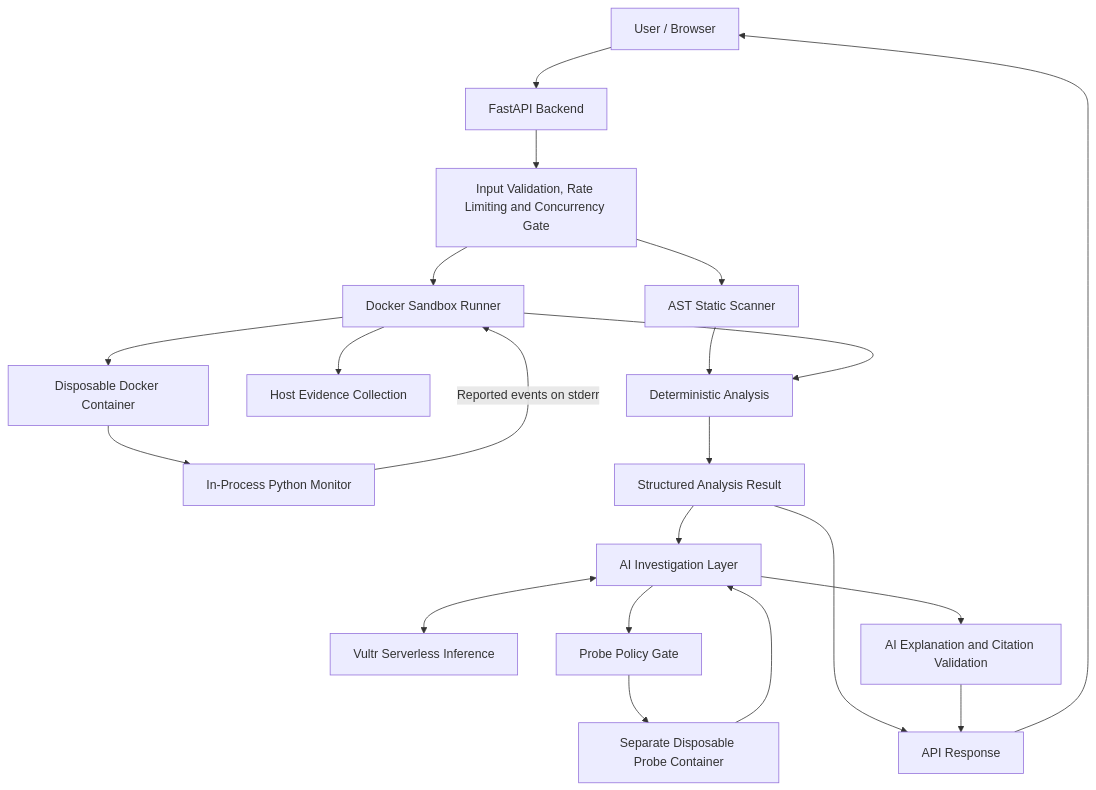
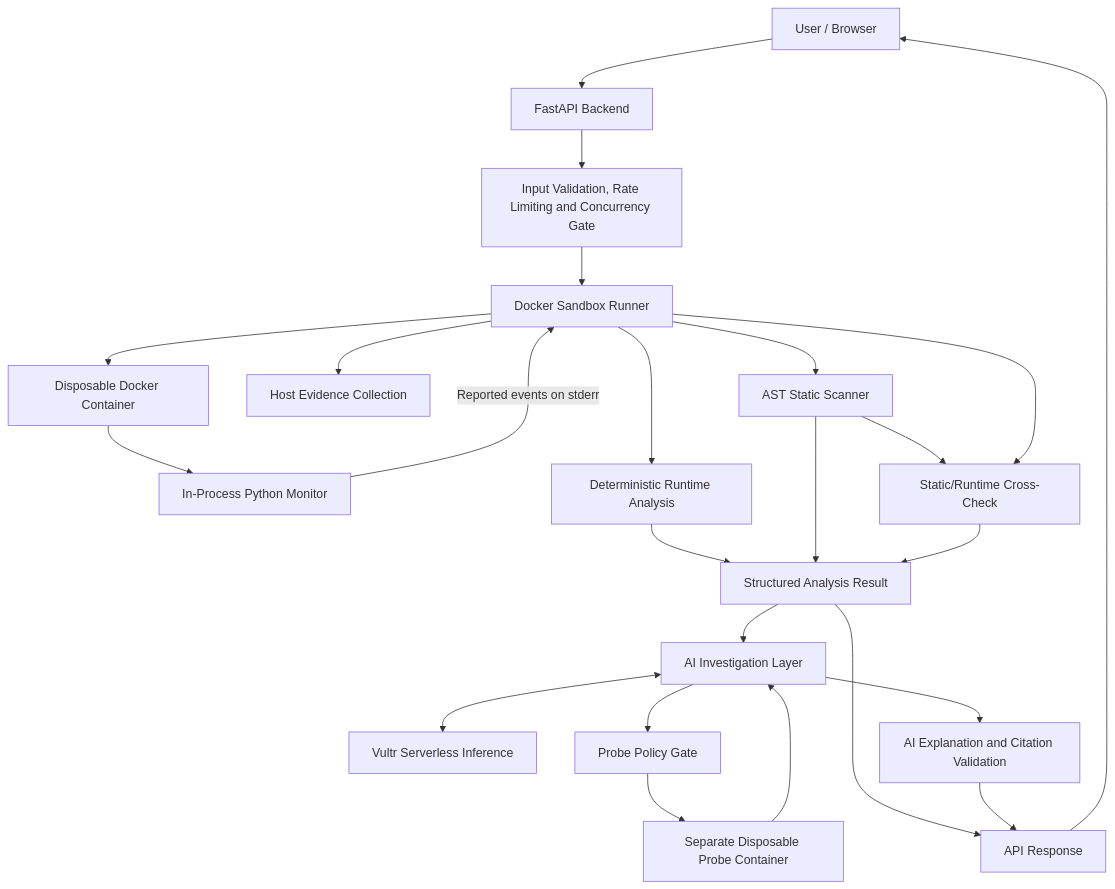
Before and after one commit to TechFatima/Scout-Cage: the diagram in README.md, drawn with Mermaid. The commit also changed other lines of this file and 8 other files, not shown here.

````diff
--- a/README.md
+++ b/README.md
@@ -155,32 +155,35 @@
 ```mermaid
 flowchart TD
     U["User / Browser"] --> API["FastAPI Backend"]
 
     API --> LIMIT["Input Validation, Rate Limiting and Concurrency Gate"]
 
-    LIMIT --> STATIC["AST Static Scanner"]
     LIMIT --> RUNNER["Docker Sandbox Runner"]
 
     RUNNER --> CAGE["Disposable Docker Container"]
     CAGE --> MON["In-Process Python Monitor"]
     MON -->|"Reported events on stderr"| RUNNER
 
     RUNNER --> HOST["Host Evidence Collection"]
-    STATIC --> ANALYZER["Deterministic Analysis"]
-    RUNNER --> ANALYZER
+    RUNNER --> ANALYZER["Deterministic Runtime Analysis"]
+    RUNNER --> STATIC["AST Static Scanner"]
+    STATIC --> CROSS["Static/Runtime Cross-Check"]
+    RUNNER --> CROSS
 
     ANALYZER --> RESULT["Structured Analysis Result"]
+    STATIC --> RESULT
+    CROSS --> RESULT
 
     RESULT --> AGENT["AI Investigation Layer"]
     AGENT <--> VULTR["Vultr Serverless Inference"]
 
     AGENT --> PROBE["Probe Policy Gate"]
     PROBE --> PROBE_CAGE["Separate Disposable Probe Container"]
     PROBE_CAGE --> AGENT
 
     AGENT --> REPORT["AI Explanation and Citation Validation"]
     RESULT --> RESPONSE["API Response"]
     REPORT --> RESPONSE
 
     RESPONSE --> U
 ```
````
